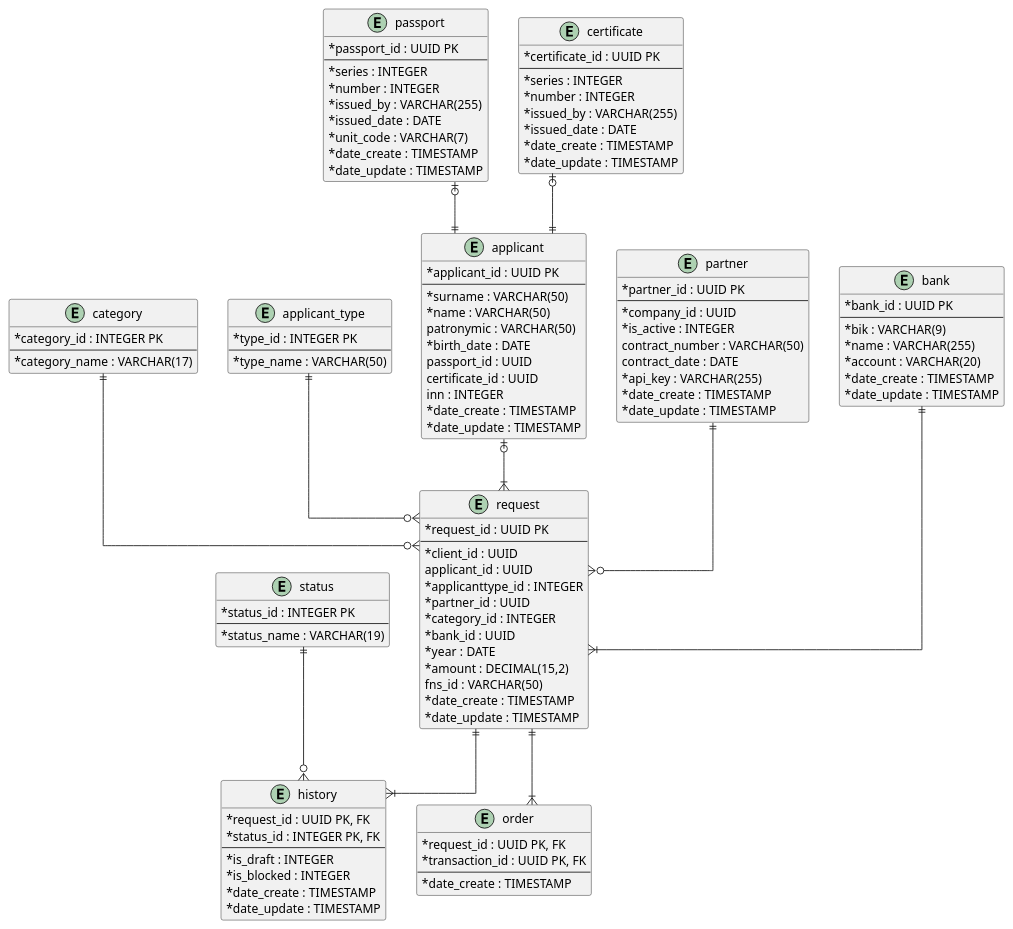
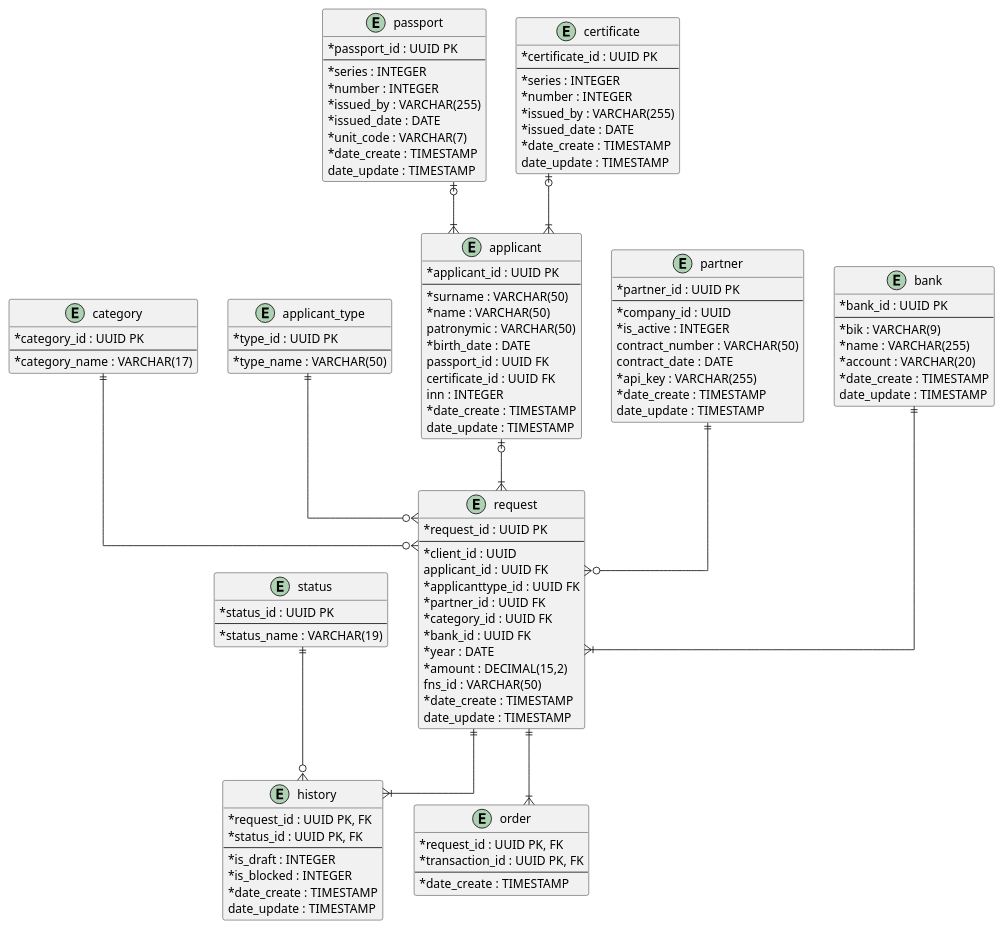
The first of 2 diagrams in Описание баз данных.md (malikovav001-maker/nalog), drawn with PlantUML before and after one commit. The commit also changed other lines of this file, not shown here.

Commit message:
Обновление: описание баз данных

````diff
--- a/Описание баз данных.md
+++ b/Описание баз данных.md
@@ -9,19 +9,19 @@
 skinparam classAttributeIconSize 0
 
 entity "status" {
-  *status_id : INTEGER PK
+  *status_id : UUID PK
   --
   *status_name : VARCHAR(19)
 }
 
 entity "category" {
-  *category_id : INTEGER PK
+  *category_id : UUID PK
   --
   *category_name : VARCHAR(17)
 }
 
 entity "applicant_type" {
-  *type_id : INTEGER PK
+  *type_id : UUID PK
   --
   *type_name : VARCHAR(50)
 }
@@ -35,7 +35,7 @@
   *issued_date : DATE
   *unit_code : VARCHAR(7)
   *date_create : TIMESTAMP 
-  *date_update : TIMESTAMP
+  date_update : TIMESTAMP
 }
 
 entity "certificate" {
@@ -46,7 +46,7 @@
   *issued_by : VARCHAR(255)
   *issued_date : DATE 
   *date_create : TIMESTAMP 
-  *date_update : TIMESTAMP
+  date_update : TIMESTAMP
 }
 
 entity "applicant" {
@@ -56,11 +56,11 @@
   *name : VARCHAR(50) 
   patronymic : VARCHAR(50)
   *birth_date : DATE
-  passport_id : UUID
-  certificate_id : UUID
+  passport_id : UUID FK
+  certificate_id : UUID FK
   inn : INTEGER
   *date_create : TIMESTAMP 
-  *date_update : TIMESTAMP 
+  date_update : TIMESTAMP 
 }
 
 entity "partner" {
@@ -72,7 +72,7 @@
   contract_date : DATE
   *api_key : VARCHAR(255)
   *date_create : TIMESTAMP
-  *date_update : TIMESTAMP 
+  date_update : TIMESTAMP 
 }
 
 entity "bank" {
@@ -82,33 +82,33 @@
   *name : VARCHAR(255)
   *account : VARCHAR(20)
   *date_create : TIMESTAMP 
-  *date_update : TIMESTAMP 
+  date_update : TIMESTAMP 
 }
 
 entity "request" {
   *request_id : UUID PK
   --
   *client_id : UUID 
-  applicant_id : UUID 
-  *applicanttype_id : INTEGER
-  *partner_id : UUID
-  *category_id : INTEGER
-  *bank_id : UUID
+  applicant_id : UUID FK
+  *applicanttype_id : UUID FK
+  *partner_id : UUID FK
+  *category_id : UUID FK
+  *bank_id : UUID FK
   *year : DATE
   *amount : DECIMAL(15,2)
   fns_id : VARCHAR(50)
   *date_create : TIMESTAMP
-  *date_update : TIMESTAMP
+  date_update : TIMESTAMP
 }
 
 entity "history" {
   *request_id : UUID PK, FK
-  *status_id : INTEGER PK, FK
+  *status_id : UUID PK, FK
   --
   *is_draft : INTEGER
   *is_blocked : INTEGER
   *date_create : TIMESTAMP
-  *date_update : TIMESTAMP
+  date_update : TIMESTAMP
 }
 
 entity "order" {
@@ -118,8 +118,8 @@
   *date_create : TIMESTAMP
 }
 
-passport |o--|| applicant
-certificate |o--|| applicant
+passport |o--|{ applicant
+certificate |o--|{ applicant
 applicant |o--|{ request
 applicant_type ||--o{ request  
 partner ||--o{ request 
@@ -128,6 +128,5 @@
 request ||--|{ history 
 status ||--o{ history 
 request ||--|{ order
-
 @enduml
 ```
````
